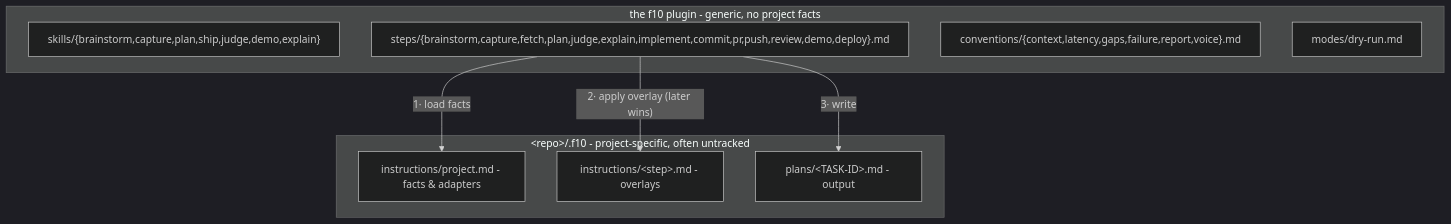
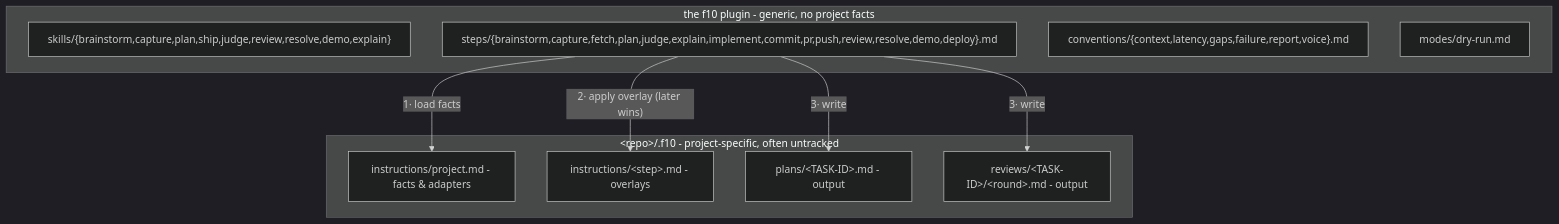
Before and after one commit to amberpixels/f10: the second of 2 diagrams in README.md, drawn with Mermaid (dark theme). The commit also changed other lines of this file and 8 other files, not shown here.

````diff
--- a/README.md
+++ b/README.md
@@ -210,17 +241,19 @@
 ```mermaid
 flowchart TB
     subgraph plugin ["the f10 plugin - generic, no project facts"]
-        skills2["skills/{brainstorm,capture,plan,ship,judge,demo,explain}"]
-        gsteps["steps/{brainstorm,capture,fetch,plan,judge,explain,implement,commit,pr,push,review,demo,deploy}.md"]
+        skills2["skills/{brainstorm,capture,plan,ship,judge,review,resolve,demo,explain}"]
+        gsteps["steps/{brainstorm,capture,fetch,plan,judge,explain,implement,commit,pr,push,review,resolve,demo,deploy}.md"]
         conv["conventions/{context,latency,gaps,failure,report,voice}.md"]
         modes2["modes/dry-run.md"]
     end
     subgraph repo ["&lt;repo&gt;/.f10 - project-specific, often untracked"]
         proj["instructions/project.md - facts & adapters"]
         over["instructions/&lt;step&gt;.md - overlays"]
         plans2["plans/&lt;TASK-ID&gt;.md - output"]
+        reviews2["reviews/&lt;TASK-ID&gt;/&lt;round&gt;.md - output"]
     end
     gsteps -- "1· load facts" --> proj
     gsteps -- "2· apply overlay (later wins)" --> over
     gsteps -- "3· write" --> plans2
+    gsteps -- "3· write" --> reviews2
 ```
````
